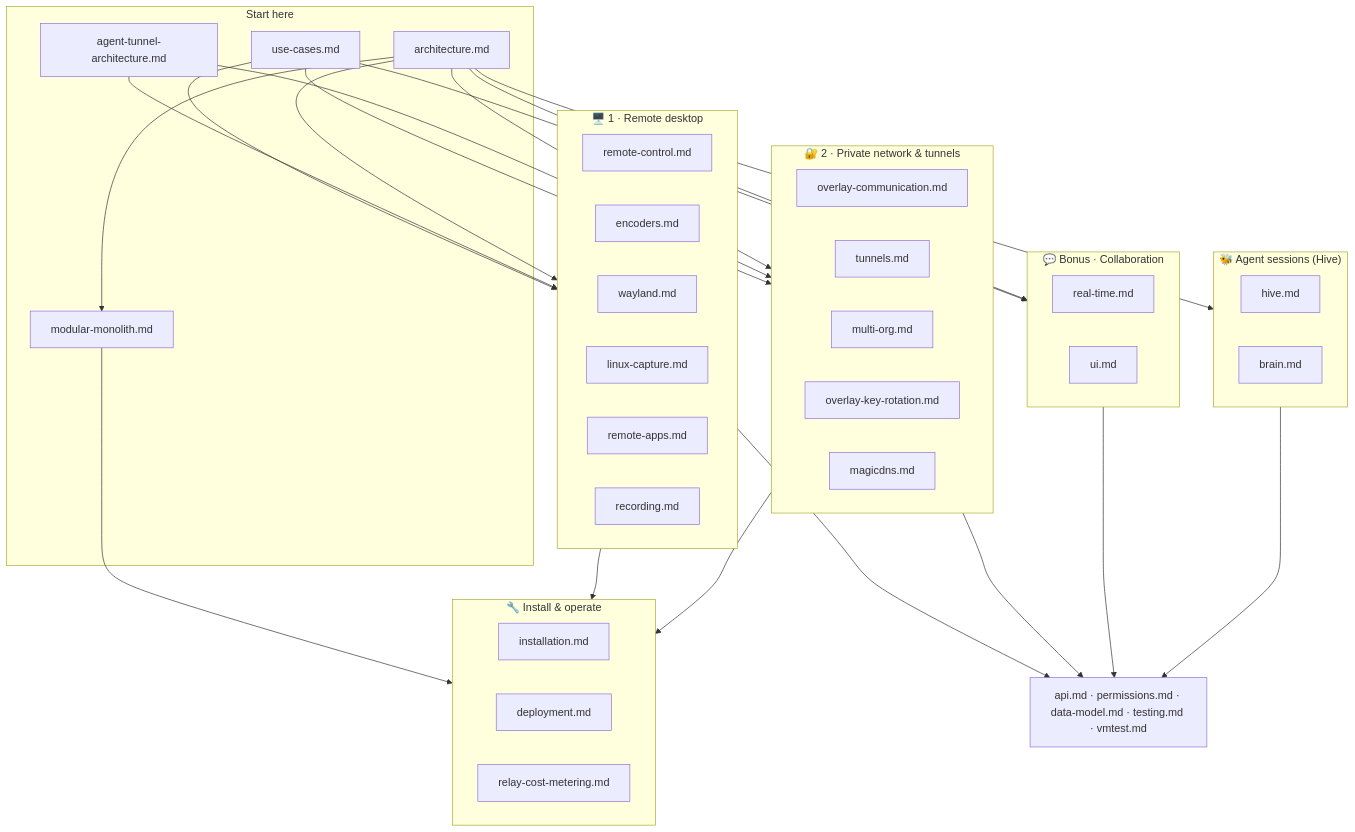
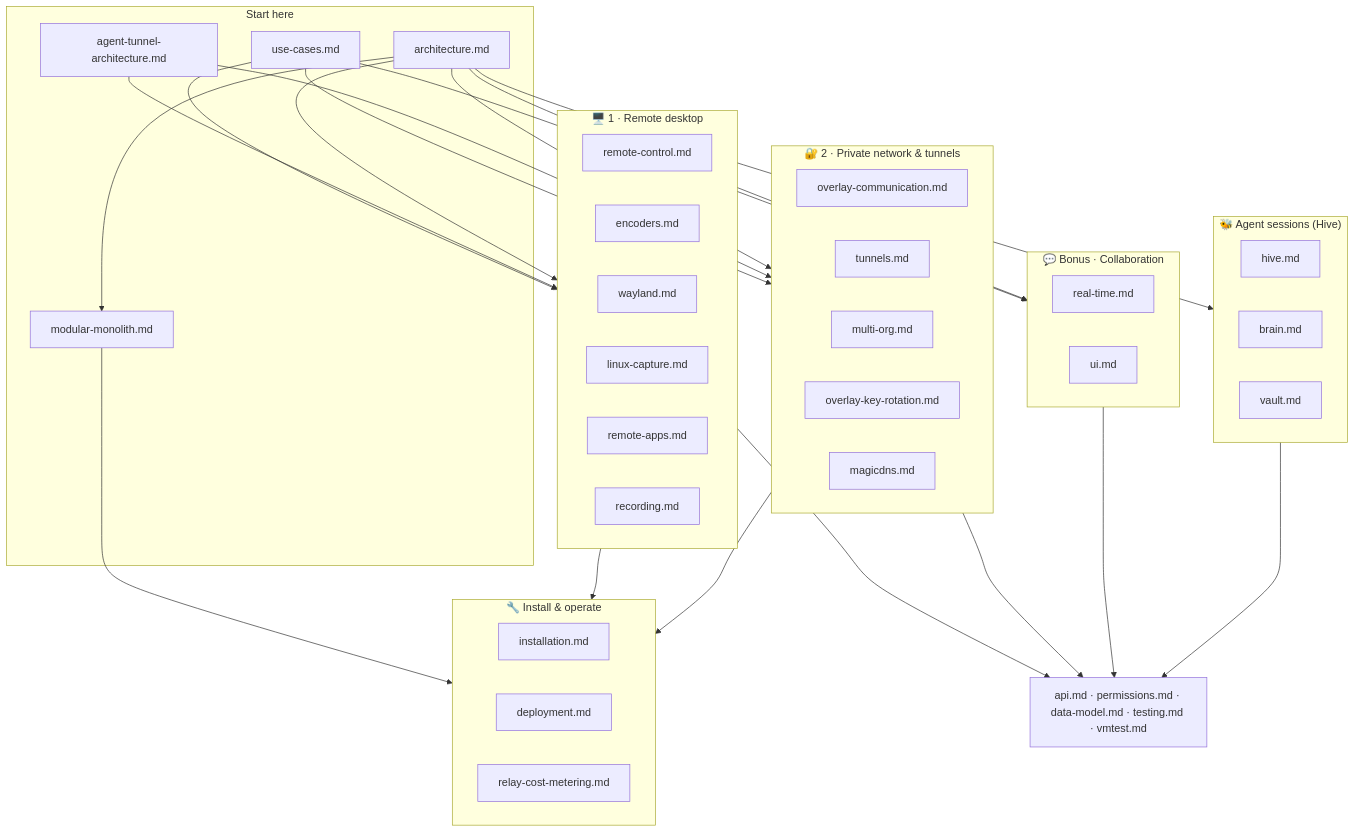
The diagram in docs/README.md (gjovanov/roomler-ai), drawn with Mermaid before and after one commit. The commit also changed other lines of this file and 40 other files, not shown here.

````diff
--- a/docs/README.md
+++ b/docs/README.md
@@ -24,53 +24,54 @@
 ```mermaid
 flowchart TB
     subgraph entry["Start here"]
         UC["use-cases.md"]
         ATA["agent-tunnel-architecture.md"]
         ARCH["architecture.md"]
         MM["modular-monolith.md"]
     end
 
     subgraph rd["🖥️ 1 · Remote desktop"]
         RC["remote-control.md"]
         ENC["encoders.md"]
         WAY["wayland.md"]
         LCAP["linux-capture.md"]
         RAPP["remote-apps.md"]
         REC["recording.md"]
     end
 
     subgraph net["🔐 2 · Private network & tunnels"]
         OC["overlay-communication.md"]
         TUN["tunnels.md"]
         MO["multi-org.md"]
         OKR["overlay-key-rotation.md"]
         MDNS["magicdns.md"]
     end
 
     subgraph collab["💬 Bonus · Collaboration"]
         RT["real-time.md"]
         UIX["ui.md"]
     end
 
     subgraph hive["🐝 Agent sessions (Hive)"]
         HIVE["hive.md"]
         BRAIN["brain.md"]
+        VAULT["vault.md"]
     end
 
     subgraph ops["🔧 Install & operate"]
         INST["installation.md"]
         DEP["deployment.md"]
         RCM["relay-cost-metering.md"]
     end
 
     REF["api.md · permissions.md · data-model.md · testing.md · vmtest.md"]
 
     UC --> rd & net & collab
     ATA --> rd & net
     ARCH --> rd & net & collab
     ARCH --> MM
     ARCH --> hive
     MM --> ops
     rd & net --> ops
     rd & net & collab & hive --> REF
 ```
````
